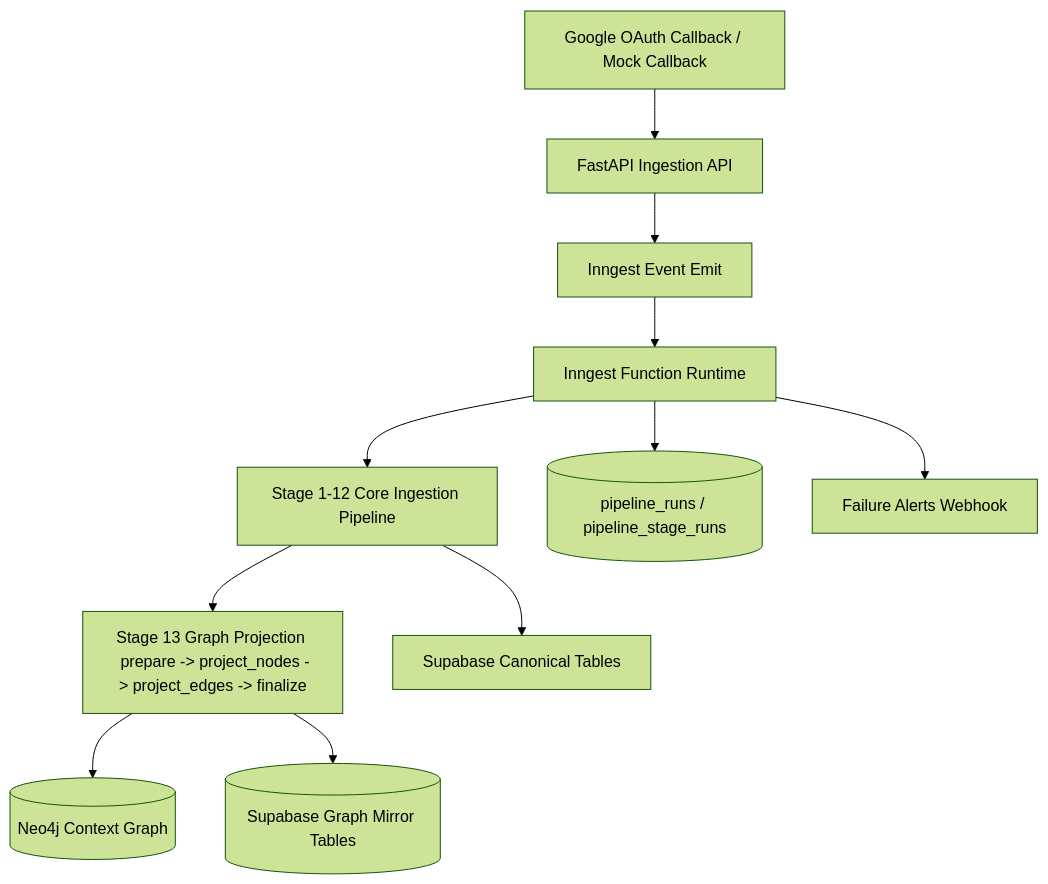
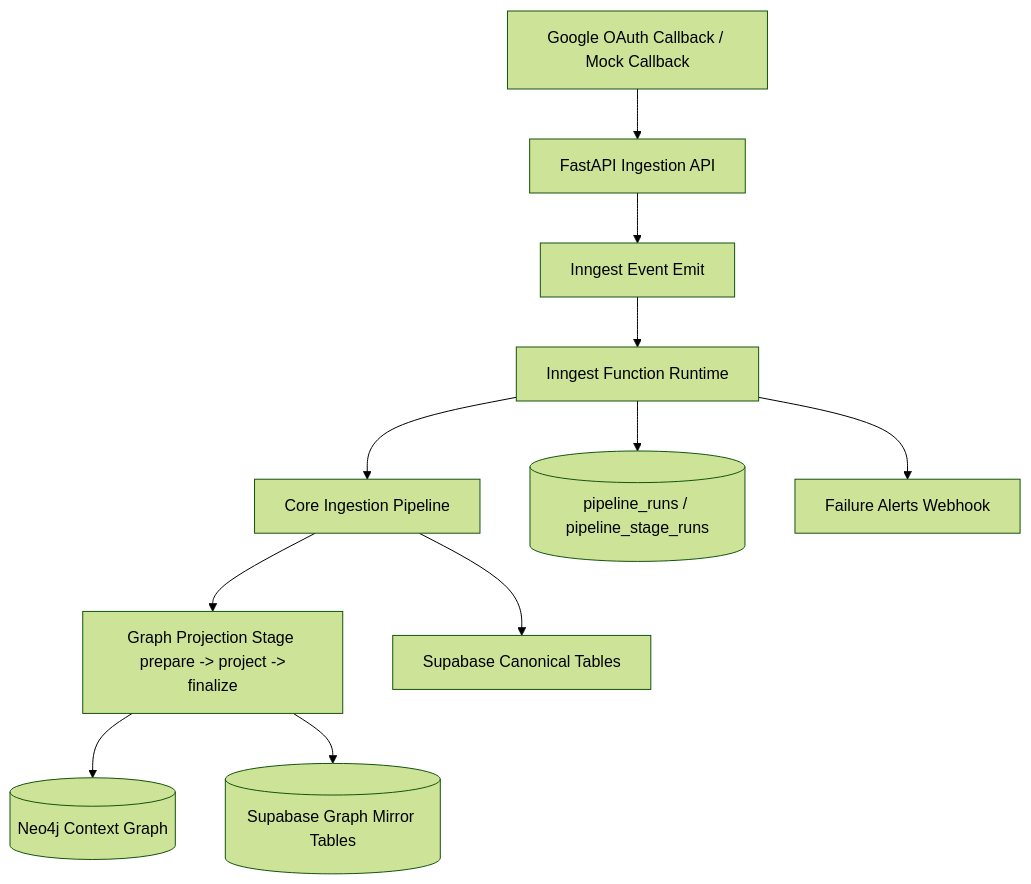
Before and after one commit to Kue-Platform/kue-intelligence: the first of 2 diagrams in README.md, drawn with Mermaid (forest theme). The commit also changed other lines of this file and 10 other files, not shown here.

````diff
--- a/README.md
+++ b/README.md
@@ -30,13 +30,13 @@
 ```mermaid
 flowchart TD
   A[Google OAuth Callback / Mock Callback] --> B[FastAPI Ingestion API]
   B --> C[Inngest Event Emit]
   C --> D[Inngest Function Runtime]
-  D --> E[Stage 1-12 Core Ingestion Pipeline]
-  E --> F[Stage 13 Graph Projection \n prepare -> project_nodes -> project_edges -> finalize]
+  D --> E[Core Ingestion Pipeline]
+  E --> F[Graph Projection Stage \n prepare -> project -> finalize]
   E --> G[Supabase Canonical Tables]
   F --> H[(Neo4j Context Graph)]
   F --> I[(Supabase Graph Mirror Tables)]
   D --> J[(pipeline_runs / pipeline_stage_runs)]
   D --> K[Failure Alerts Webhook]
 ```
````
